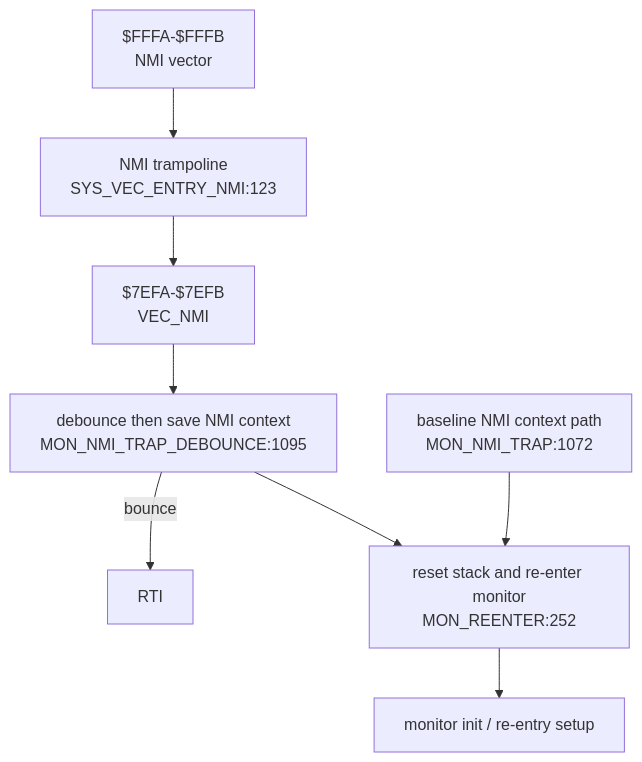
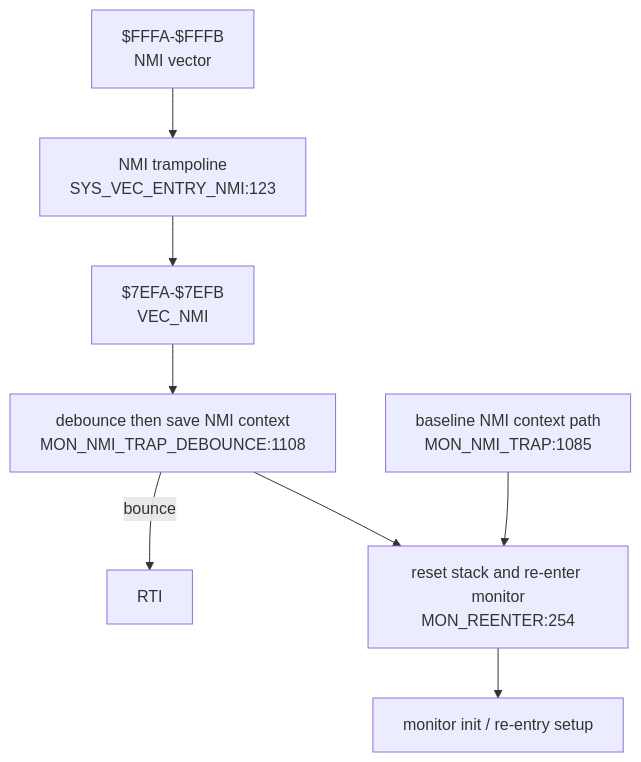
Before and after one commit to 95westus/R-YORS: the fourth of 6 diagrams in DOC/GENERATED/INTERRUPT_VECTOR_MAP.md, drawn with Mermaid. The commit also changed other lines of this file and 42 other files, not shown here.

````diff
--- a/DOC/GENERATED/INTERRUPT_VECTOR_MAP.md
+++ b/DOC/GENERATED/INTERRUPT_VECTOR_MAP.md
@@ -62,10 +62,10 @@
 ```mermaid
 flowchart TD
     NMIV["$FFFA-$FFFB<br/>NMI vector"] --> NMIENTRY["NMI trampoline<br/>SYS_VEC_ENTRY_NMI:123"]
     NMIENTRY --> VECNMI["$7EFA-$7EFB<br/>VEC_NMI"]
-    VECNMI --> NMITRAP["debounce then save NMI context<br/>MON_NMI_TRAP_DEBOUNCE:1095"]
+    VECNMI --> NMITRAP["debounce then save NMI context<br/>MON_NMI_TRAP_DEBOUNCE:1108"]
     NMITRAP -->|bounce| RTINMI["RTI"]
-    NMITRAP --> REENTER["reset stack and re-enter monitor<br/>MON_REENTER:252"]
-    NMIBASE["baseline NMI context path<br/>MON_NMI_TRAP:1072"] --> REENTER
+    NMITRAP --> REENTER["reset stack and re-enter monitor<br/>MON_REENTER:254"]
+    NMIBASE["baseline NMI context path<br/>MON_NMI_TRAP:1085"] --> REENTER
     REENTER --> INIT["monitor init / re-entry setup"]
 ```
````
